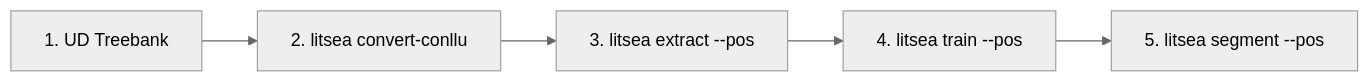
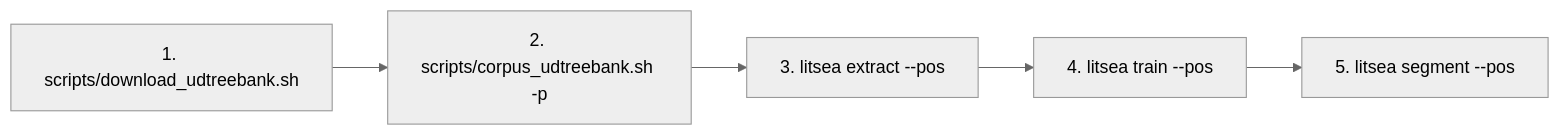
One commit to mosuka/litsea changed the second of 2 diagrams in docs/ja/src/litsea-cli.md. Above: the diagram before and after it, drawn with Mermaid (neutral theme). The commit also changed other lines of this file and 35 other files, not shown here.

````diff
--- a/docs/ja/src/litsea-cli.md
+++ b/docs/ja/src/litsea-cli.md
@@ -46,7 +46,7 @@
 ```mermaid
 flowchart LR
-    A["1. UD Treebank"] --> B["2. litsea convert-conllu"]
+    A["1. scripts/download_udtreebank.sh"] --> B["2. scripts/corpus_udtreebank.sh -p"]
     B --> C["3. litsea extract --pos"]
     C --> D["4. litsea train --pos"]
     D --> E["5. litsea segment --pos"]
 ```
````
